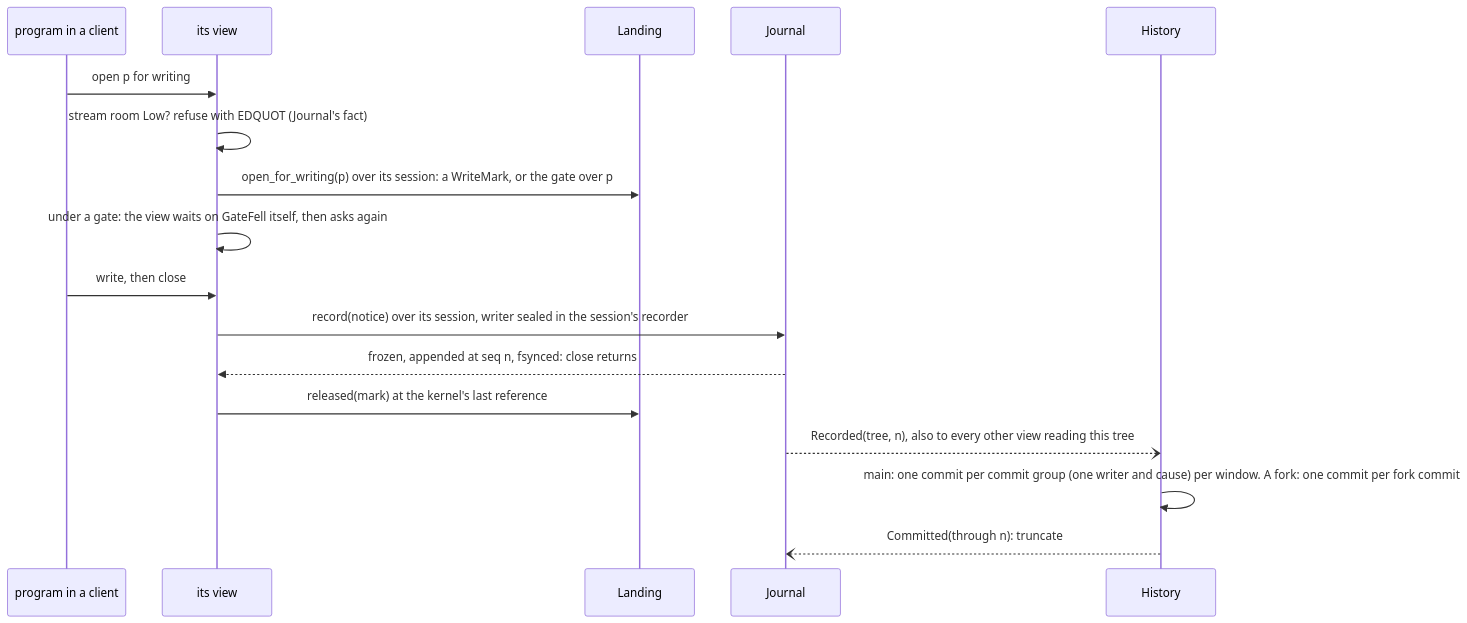
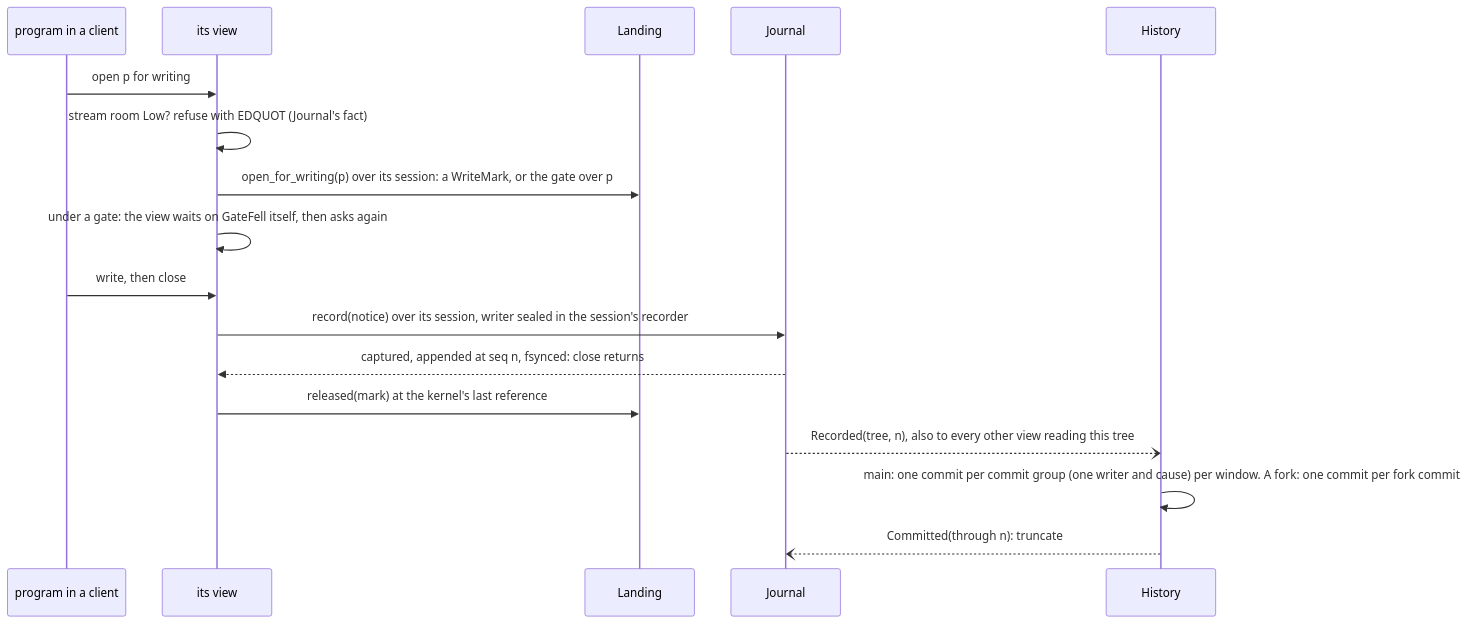
One commit to mcurcio/agentfs changed the fourth of 8 diagrams in docs/target-architecture/system.md. Above: the diagram before and after it, drawn with Mermaid. The commit also changed other lines of this file and 13 other files, not shown here.

````diff
--- a/docs/target-architecture/system.md
+++ b/docs/target-architecture/system.md
@@ -534,19 +533,19 @@
 ```mermaid
 sequenceDiagram
   participant W as program in a client
   participant V as its view
   participant L as Landing
   participant J as Journal
   participant H as History
   W->>V: open p for writing
   V->>V: stream room Low? refuse with EDQUOT (Journal's fact)
   V->>L: open_for_writing(p) over its session: a WriteMark, or the gate over p
   V->>V: under a gate: the view waits on GateFell itself, then asks again
   W->>V: write, then close
   V->>J: record(notice) over its session, writer sealed in the session's recorder
-  J-->>V: frozen, appended at seq n, fsynced: close returns
+  J-->>V: captured, appended at seq n, fsynced: close returns
   V->>L: released(mark) at the kernel's last reference
   J--)H: Recorded(tree, n), also to every other view reading this tree
   H->>H: main: one commit per commit group (one writer and cause) per window. A fork: one commit per fork commit
   H--)J: Committed(through n): truncate
 ```
````
